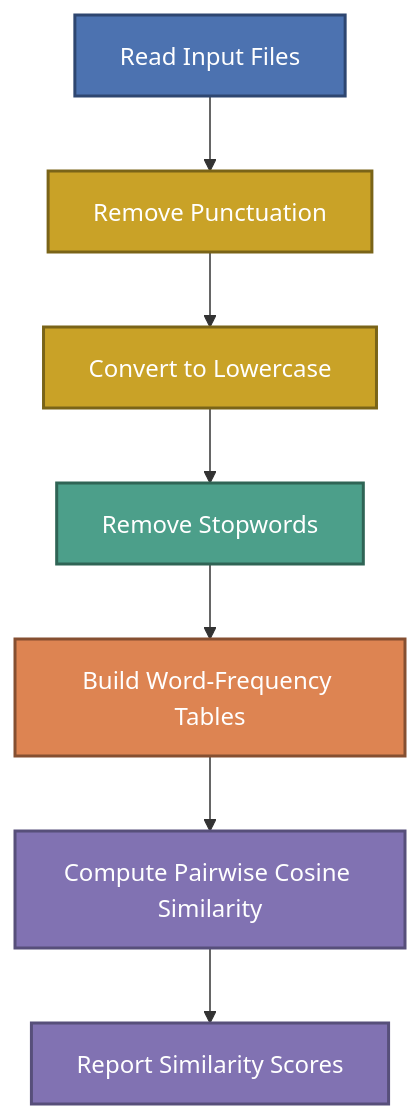
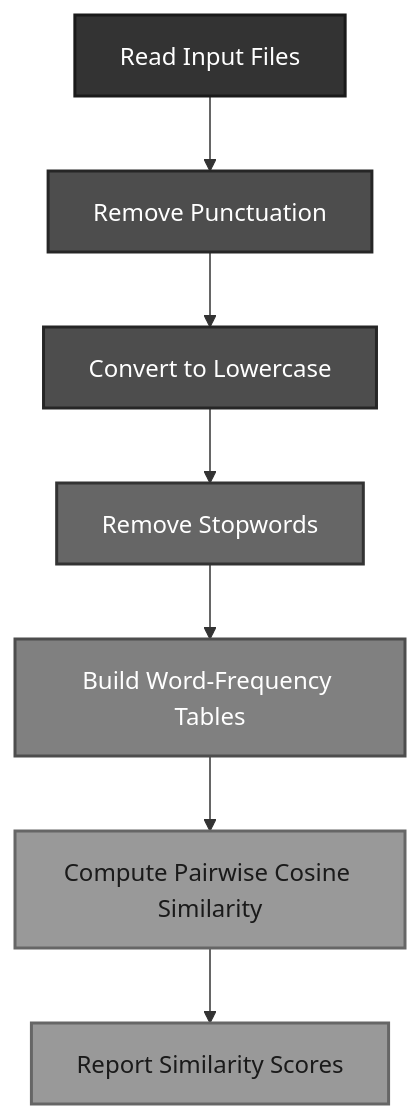
The diagram in README.md (mina-hill/Plagiarism-Checker), drawn with Mermaid before and after one commit. The commit also changed other lines of this file and 5 other files, not shown here.

Commit message:
Grayscale the pipeline diagram, add a reference driver and sample data

````diff
--- a/README.md
+++ b/README.md
@@ -34,21 +34,21 @@
 ```mermaid
 flowchart TD
     A[Read Input Files] --> B[Remove Punctuation]
     B --> C[Convert to Lowercase]
     C --> D[Remove Stopwords]
     D --> E[Build Word-Frequency Tables]
     E --> F[Compute Pairwise Cosine Similarity]
     F --> G[Report Similarity Scores]
 
-    classDef stage1 fill:#4C72B0,stroke:#2E4670,stroke-width:2px,color:#ffffff
-    classDef stage2 fill:#C9A227,stroke:#7A6418,stroke-width:2px,color:#ffffff
-    classDef stage3 fill:#4C9F8A,stroke:#2F6455,stroke-width:2px,color:#ffffff
-    classDef stage4 fill:#DD8452,stroke:#854F31,stroke-width:2px,color:#ffffff
-    classDef stage5 fill:#8172B2,stroke:#574F7A,stroke-width:2px,color:#ffffff
+    classDef stage1 fill:#333333,stroke:#1a1a1a,stroke-width:2px,color:#ffffff
+    classDef stage2 fill:#4d4d4d,stroke:#262626,stroke-width:2px,color:#ffffff
+    classDef stage3 fill:#666666,stroke:#333333,stroke-width:2px,color:#ffffff
+    classDef stage4 fill:#808080,stroke:#4d4d4d,stroke-width:2px,color:#ffffff
+    classDef stage5 fill:#999999,stroke:#666666,stroke-width:2px,color:#1a1a1a
 
     class A stage1
     class B,C stage2
     class D stage3
     class E stage4
     class F,G stage5
 ```
````
